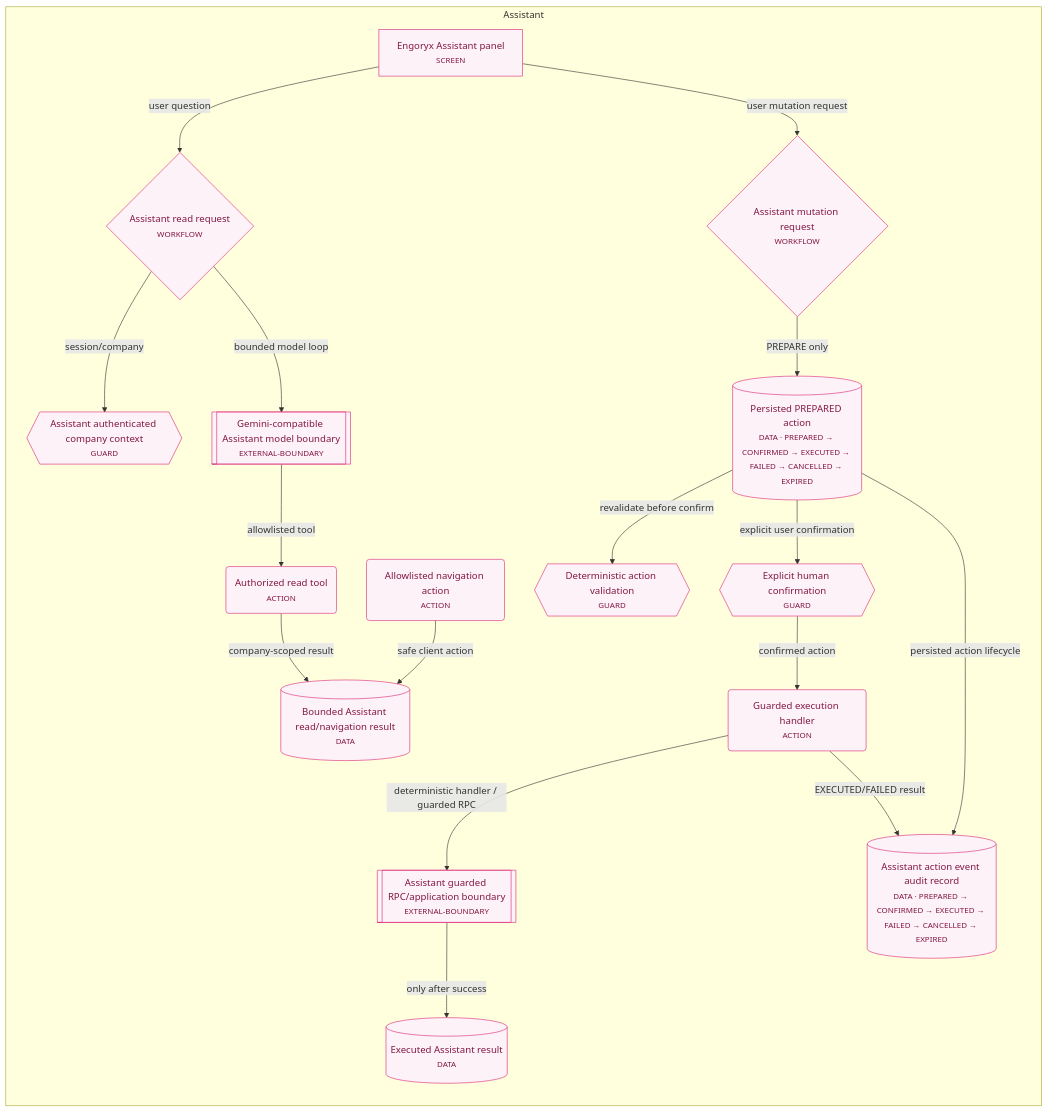
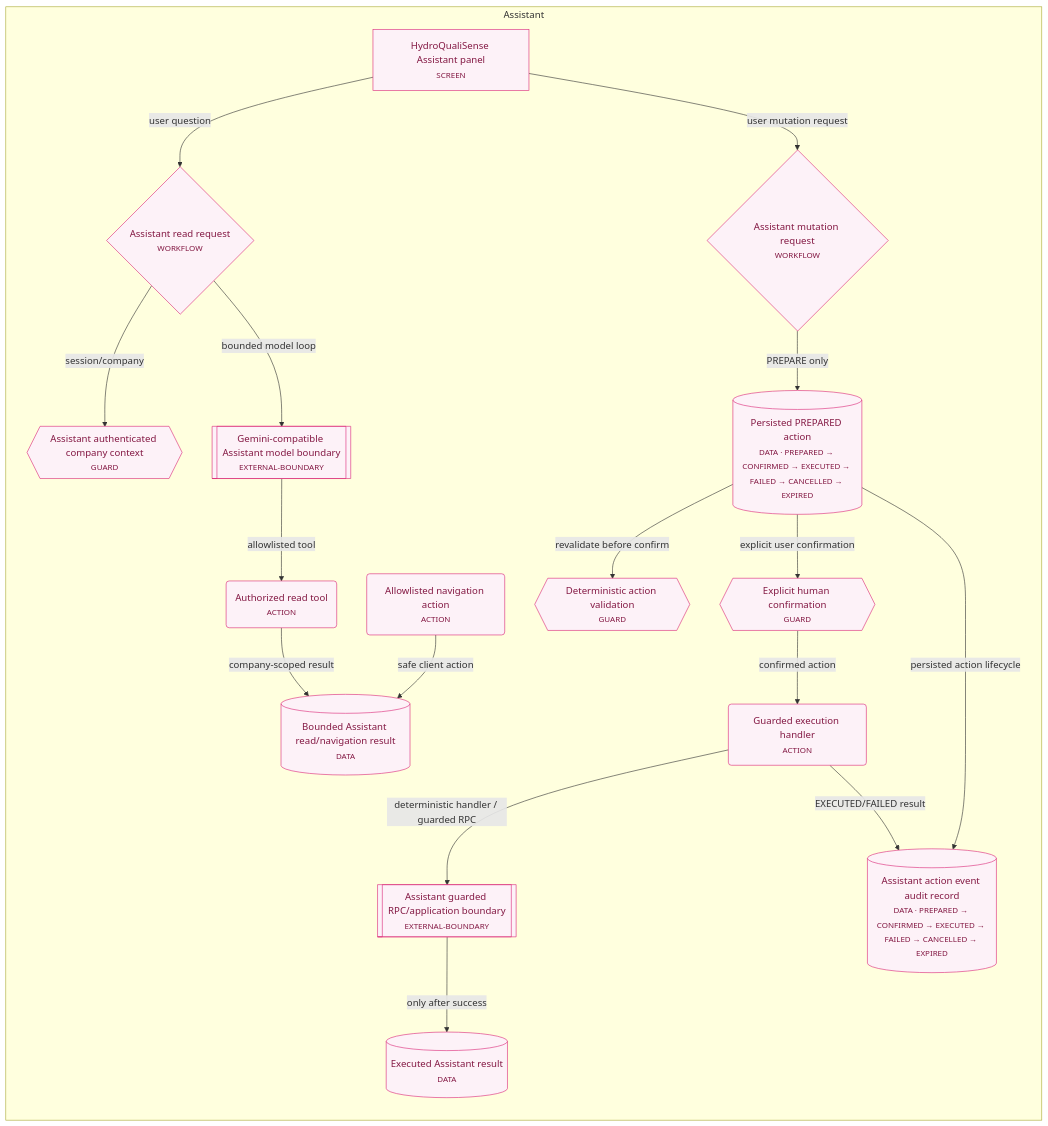
One commit to Juvialski/InvoiceApp changed the tenth of 10 diagrams in docs/architecture/APP_WORKFLOW_MAP.md. Above: the diagram before and after it, drawn with Mermaid. The commit also changed other lines of this file and 31 other files, not shown here.

Commit message:
feat: add repository intelligence graph and bounded context

````diff
--- a/docs/architecture/APP_WORKFLOW_MAP.md
+++ b/docs/architecture/APP_WORKFLOW_MAP.md
@@ -1134,59 +1134,59 @@
 ```mermaid
 flowchart LR
   subgraph g_assistant["Assistant"]
-    n_assistant_screen["Engoryx Assistant panel<br/><small>SCREEN</small>"]
+    n_assistant_screen["HydroQualiSense Assistant panel<br/><small>SCREEN</small>"]
     n_assistant_company_auth_boundary{{"Assistant authenticated company context<br/><small>GUARD</small>"}}
     n_assistant_model_boundary[["Gemini-compatible Assistant model boundary<br/><small>EXTERNAL-BOUNDARY</small>"]]
     n_assistant_read_request{"Assistant read request<br/><small>WORKFLOW</small>"}
     n_assistant_authorized_read_tool("Authorized read tool<br/><small>ACTION</small>")
     n_assistant_navigation_action("Allowlisted navigation action<br/><small>ACTION</small>")
     n_assistant_read_result[("Bounded Assistant read/navigation result<br/><small>DATA</small>")]
     n_assistant_mutation_request{"Assistant mutation request<br/><small>WORKFLOW</small>"}
     n_assistant_prepared_action[("Persisted PREPARED action<br/><small>DATA · PREPARED → CONFIRMED → EXECUTED → FAILED → CANCELLED → EXPIRED</small>")]
     n_assistant_deterministic_validation{{"Deterministic action validation<br/><small>GUARD</small>"}}
     n_assistant_human_confirmation{{"Explicit human confirmation<br/><small>GUARD</small>"}}
     n_assistant_guarded_execution("Guarded execution handler<br/><small>ACTION</small>")
     n_assistant_rpc_boundary[["Assistant guarded RPC/application boundary<br/><small>EXTERNAL-BOUNDARY</small>"]]
     n_assistant_action_event[("Assistant action event audit record<br/><small>DATA · PREPARED → CONFIRMED → EXECUTED → FAILED → CANCELLED → EXPIRED</small>")]
     n_assistant_executed_result[("Executed Assistant result<br/><small>DATA</small>")]
   end
   n_assistant_screen -->|user question| n_assistant_read_request
   n_assistant_read_request -->|session/company| n_assistant_company_auth_boundary
   n_assistant_read_request -->|bounded model loop| n_assistant_model_boundary
   n_assistant_model_boundary -->|allowlisted tool| n_assistant_authorized_read_tool
   n_assistant_authorized_read_tool -->|company-scoped result| n_assistant_read_result
   n_assistant_navigation_action -->|safe client action| n_assistant_read_result
   n_assistant_screen -->|user mutation request| n_assistant_mutation_request
   n_assistant_mutation_request -->|PREPARE only| n_assistant_prepared_action
   n_assistant_prepared_action -->|revalidate before confirm| n_assistant_deterministic_validation
   n_assistant_prepared_action -->|explicit user confirmation| n_assistant_human_confirmation
   n_assistant_human_confirmation -->|confirmed action| n_assistant_guarded_execution
   n_assistant_guarded_execution -->|deterministic handler / guarded RPC| n_assistant_rpc_boundary
   n_assistant_rpc_boundary -->|only after success| n_assistant_executed_result
   n_assistant_prepared_action -->|persisted action lifecycle| n_assistant_action_event
   n_assistant_guarded_execution -->|EXECUTED/FAILED result| n_assistant_action_event
   classDef platformTenancy fill:#eef2ff,stroke:#4f46e5,color:#1e1b4b;
   classDef dashboard fill:#f1f5f9,stroke:#475569,color:#0f172a;
   classDef projects fill:#ecfeff,stroke:#0891b2,color:#164e63;
   classDef engineering fill:#f0fdf4,stroke:#16a34a,color:#14532d;
   classDef inventory fill:#eff6ff,stroke:#2563eb,color:#1e3a8a;
   classDef finance fill:#fff7ed,stroke:#ea580c,color:#7c2d12;
   classDef workforce fill:#fdf4ff,stroke:#c026d3,color:#701a75;
   classDef reporting fill:#fefce8,stroke:#ca8a04,color:#713f12;
   classDef assistant fill:#fdf2f8,stroke:#db2777,color:#831843;
   class n_assistant_screen assistant
   class n_assistant_company_auth_boundary assistant
   class n_assistant_model_boundary assistant
   class n_assistant_read_request assistant
   class n_assistant_authorized_read_tool assistant
   class n_assistant_navigation_action assistant
   class n_assistant_read_result assistant
   class n_assistant_mutation_request assistant
   class n_assistant_prepared_action assistant
   class n_assistant_deterministic_validation assistant
   class n_assistant_human_confirmation assistant
   class n_assistant_guarded_execution assistant
   class n_assistant_rpc_boundary assistant
   class n_assistant_action_event assistant
   class n_assistant_executed_result assistant
 ```
````
